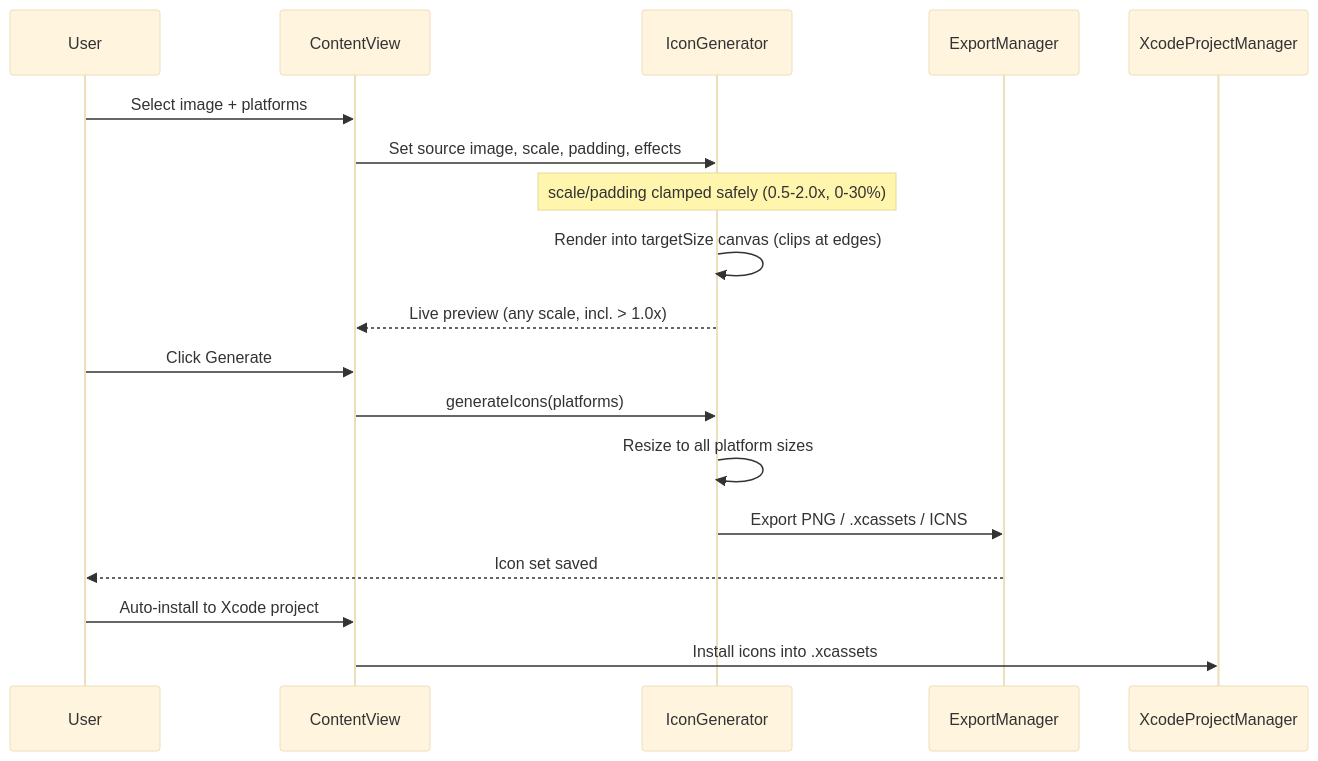
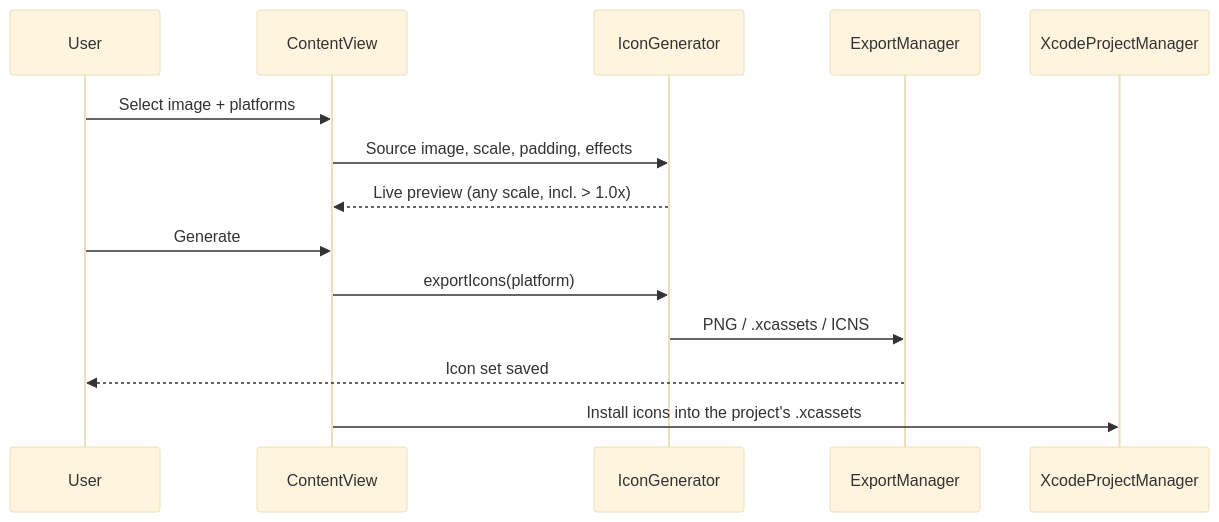
Before and after one commit to kochj23/icon-creator: the third of 3 diagrams in README.md, drawn with Mermaid (base theme). The commit also changed other lines of this file and 39 other files, not shown here.

````diff
--- a/README.md
+++ b/README.md
@@ -76,21 +138,17 @@
 ```mermaid
 sequenceDiagram
     participant User
     participant ContentView
     participant IconGenerator
     participant ExportManager
     participant XcodeProjectManager
 
     User->>ContentView: Select image + platforms
-    ContentView->>IconGenerator: Set source image, scale, padding, effects
-    Note over IconGenerator: scale/padding clamped safely (0.5-2.0x, 0-30%)
-    IconGenerator->>IconGenerator: Render into targetSize canvas (clips at edges)
+    ContentView->>IconGenerator: Source image, scale, padding, effects
     IconGenerator-->>ContentView: Live preview (any scale, incl. > 1.0x)
-    User->>ContentView: Click Generate
-    ContentView->>IconGenerator: generateIcons(platforms)
-    IconGenerator->>IconGenerator: Resize to all platform sizes
-    IconGenerator->>ExportManager: Export PNG / .xcassets / ICNS
+    User->>ContentView: Generate
+    ContentView->>IconGenerator: exportIcons(platform)
+    IconGenerator->>ExportManager: PNG / .xcassets / ICNS
     ExportManager-->>User: Icon set saved
-    User->>ContentView: Auto-install to Xcode project
-    ContentView->>XcodeProjectManager: Install icons into .xcassets
+    ContentView->>XcodeProjectManager: Install icons into the project's .xcassets
 ```
````
